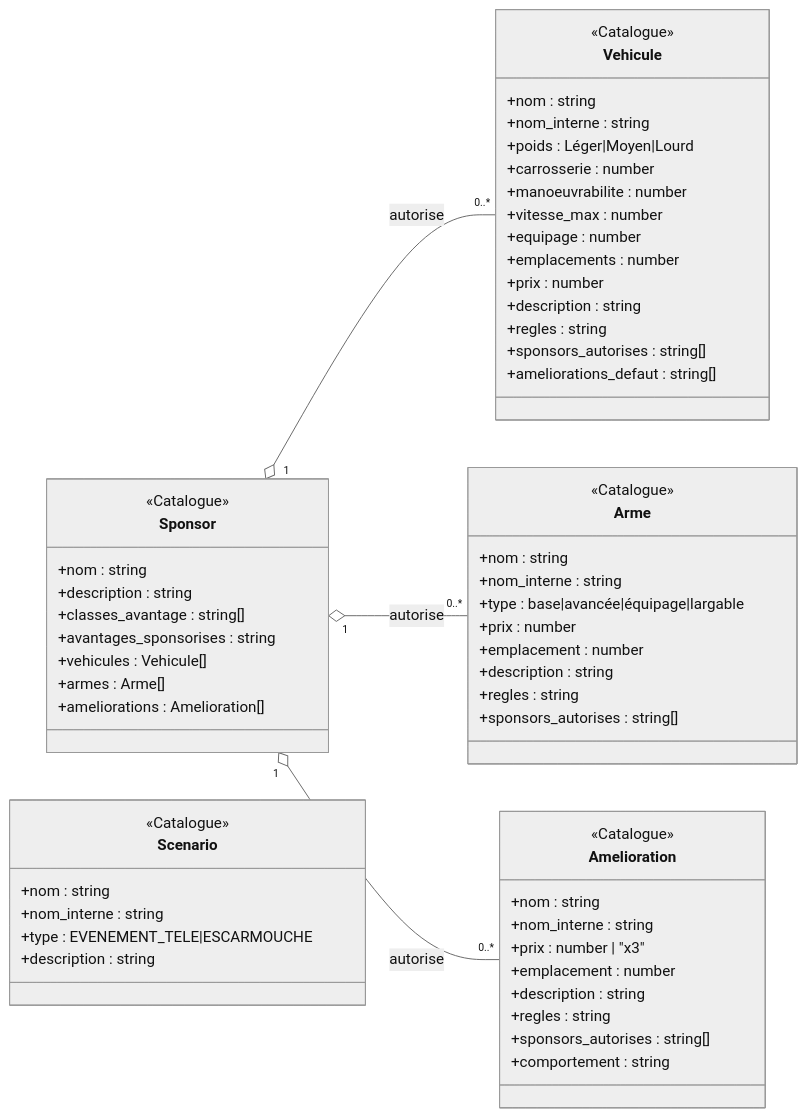
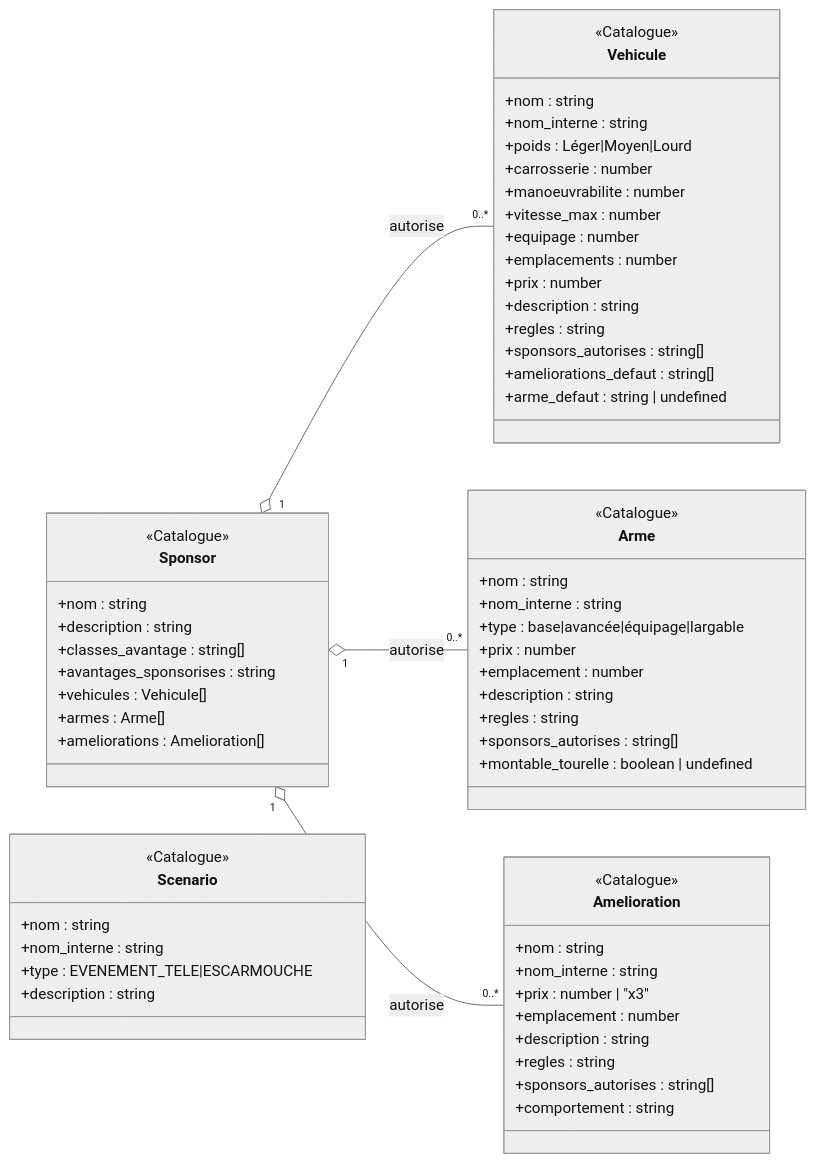
The second of 4 diagrams in docs/DOMAIN_MODEL.md (arnaudbracchetti/gaslands-manager), drawn with Mermaid (neutral theme) before and after one commit. The commit also changed other lines of this file and 87 other files, not shown here.

First line of the commit message:
refactor(vehicles): fusionne le montage sur Tourelle dans l'orientation de l'arme

````diff
--- a/docs/DOMAIN_MODEL.md
+++ b/docs/DOMAIN_MODEL.md
@@ -178,68 +184,70 @@
 ```mermaid
 classDiagram
     direction LR
 
     class Sponsor {
         <<Catalogue>>
         +nom : string
         +description : string
         +classes_avantage : string[]
         +avantages_sponsorises : string
         +vehicules : Vehicule[]
         +armes : Arme[]
         +ameliorations : Amelioration[]
     }
 
     class Vehicule {
         <<Catalogue>>
         +nom : string
         +nom_interne : string
         +poids : Léger|Moyen|Lourd
         +carrosserie : number
         +manoeuvrabilite : number
         +vitesse_max : number
         +equipage : number
         +emplacements : number
         +prix : number
         +description : string
         +regles : string
         +sponsors_autorises : string[]
         +ameliorations_defaut : string[]
+        +arme_defaut : string | undefined
     }
 
     class Arme {
         <<Catalogue>>
         +nom : string
         +nom_interne : string
         +type : base|avancée|équipage|largable
         +prix : number
         +emplacement : number
         +description : string
         +regles : string
         +sponsors_autorises : string[]
+        +montable_tourelle : boolean | undefined
     }
 
     class Amelioration {
         <<Catalogue>>
         +nom : string
         +nom_interne : string
         +prix : number | "x3"
         +emplacement : number
         +description : string
         +regles : string
         +sponsors_autorises : string[]
         +comportement : string
     }
 
     class Scenario {
         <<Catalogue>>
         +nom : string
         +nom_interne : string
         +type : EVENEMENT_TELE|ESCARMOUCHE
         +description : string
     }
 
     Sponsor "1" o-- "0..*" Vehicule : autorise
     Sponsor "1" o-- "0..*" Arme : autorise
     Sponsor "1" o-- "0..*" Amelioration : autorise
 ```
````
